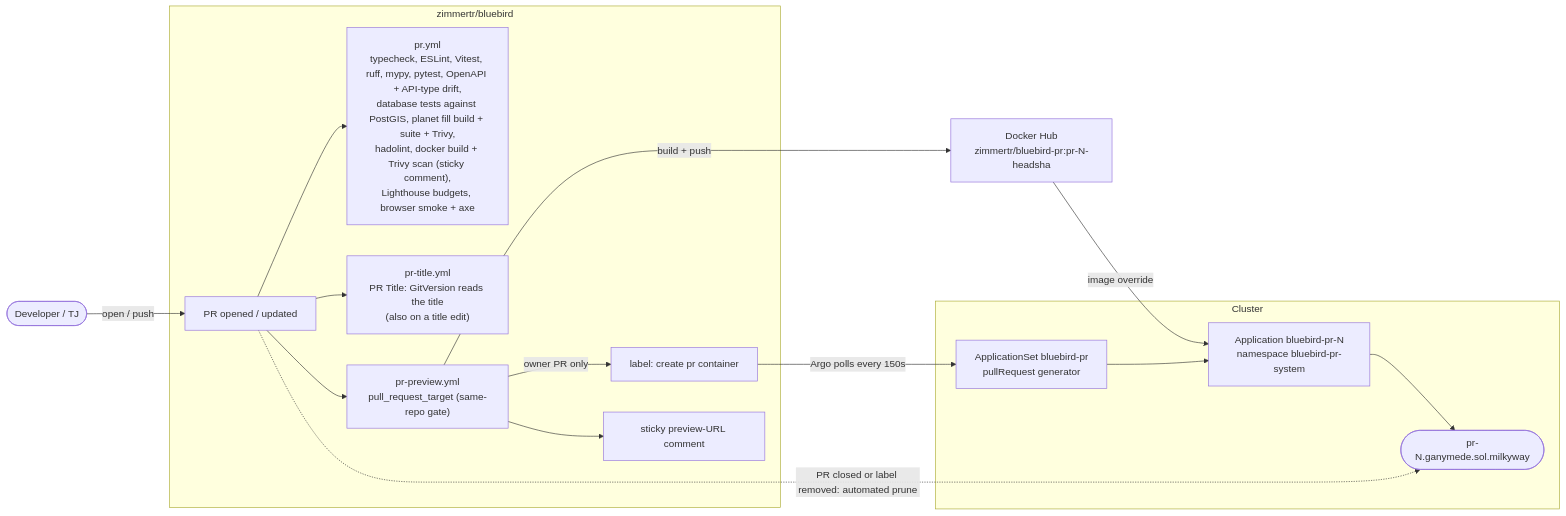
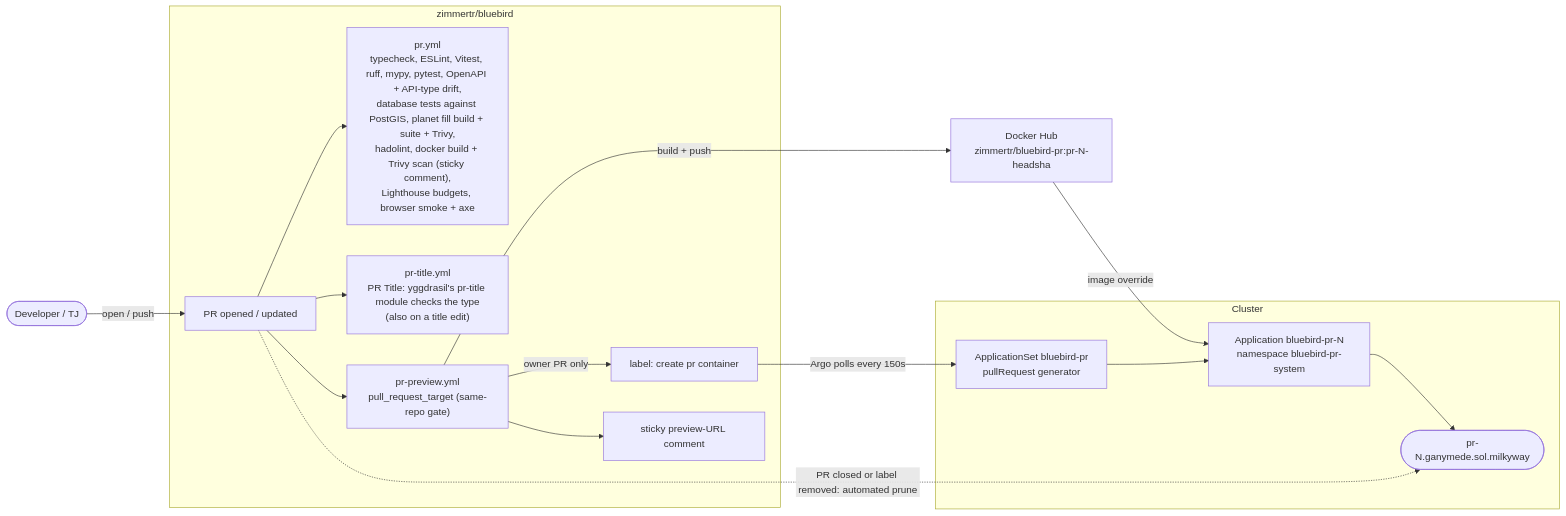
Before and after one commit to zimmertr/bluebird: the fourth of 6 diagrams in docs/CICD.md, drawn with Mermaid. The commit also changed other lines of this file and 9 other files, not shown here.

First line of the commit message:
ci: run the PR checks on yggdrasil's modules

````diff
--- a/docs/CICD.md
+++ b/docs/CICD.md
@@ -1189,34 +1195,34 @@
 ```mermaid
 flowchart LR
     dev(["Developer / TJ"])
 
     subgraph BB["zimmertr/bluebird"]
         pr["PR opened / updated"]
         checks["pr.yml<br/>typecheck, ESLint, Vitest, ruff, mypy, pytest, OpenAPI + API-type drift,<br/>database tests against PostGIS, planet fill build + suite + Trivy,<br/>hadolint, docker build + Trivy scan (sticky comment),<br/>Lighthouse budgets, browser smoke + axe"]
-        title["pr-title.yml<br/>PR Title: GitVersion reads the title<br/>(also on a title edit)"]
+        title["pr-title.yml<br/>PR Title: yggdrasil's pr-title module checks the type<br/>(also on a title edit)"]
         preview["pr-preview.yml<br/>pull_request_target (same-repo gate)"]
         label["label: create pr container"]
         comment["sticky preview-URL comment"]
     end
 
     dhpr["Docker Hub<br/>zimmertr/bluebird-pr:pr-N-headsha"]
 
     subgraph CL["Cluster"]
         appset["ApplicationSet bluebird-pr<br/>pullRequest generator"]
         app["Application bluebird-pr-N<br/>namespace bluebird-pr-system"]
         env(["pr-N.ganymede.sol.milkyway"])
     end
 
     dev -->|open / push| pr
     pr --> checks
     pr --> title
     pr --> preview
     preview -->|build + push| dhpr
     preview -->|owner PR only| label
     preview --> comment
     label -->|Argo polls every 150s| appset
     appset --> app
     dhpr -->|image override| app
     app --> env
     pr -.->|PR closed or label removed: automated prune| env
 ```
````
